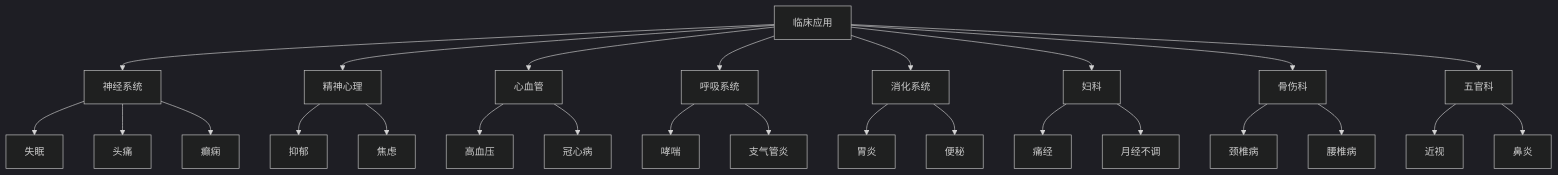
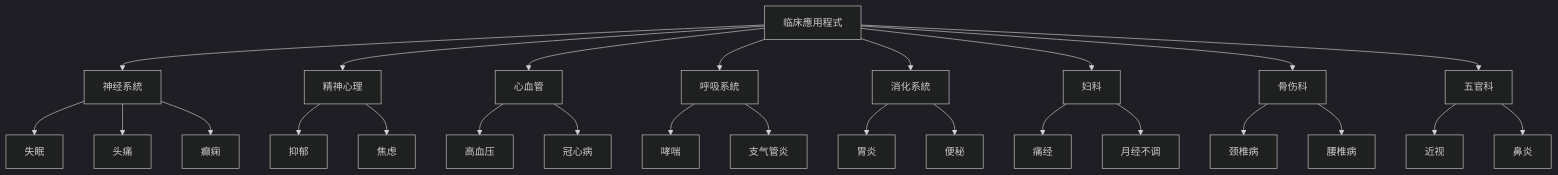
Before and after one commit to kmjade/knowledge-value: the fourth of 5 diagrams in 3 Resources/01-Tech/🏥 专业知识/耳穴知识库/耳穴知识库.md, drawn with Mermaid (dark theme). The commit also changed other lines of this file and 653 other files, not shown here.

````diff
--- a/3 Resources/01-Tech/🏥 专业知识/耳穴知识库/耳穴知识库.md
+++ b/3 Resources/01-Tech/🏥 专业知识/耳穴知识库/耳穴知识库.md
@@ -207,36 +207,36 @@
 ```mermaid
 graph TD
-    A[临床应用] --> B[神经系统]
+    A[临床應用程式] --> B[神经系統]
     A --> C[精神心理]
     A --> D[心血管]
-    A --> E[呼吸系统]
-    A --> F[消化系统]
+    A --> E[呼吸系統]
+    A --> F[消化系統]
     A --> G[妇科]
     A --> H[骨伤科]
     A --> I[五官科]
 
     B --> B1[失眠]
     B --> B2[头痛]
     B --> B3[癫痫]
 
     C --> C1[抑郁]
     C --> C2[焦虑]
 
     D --> D1[高血压]
     D --> D2[冠心病]
 
     E --> E1[哮喘]
     E --> E2[支气管炎]
 
     F --> F1[胃炎]
     F --> F2[便秘]
 
     G --> G1[痛经]
     G --> G2[月经不调]
 
     H --> H1[颈椎病]
     H --> H2[腰椎病]
 
     I --> I1[近视]
     I --> I2[鼻炎]
 ```
````
